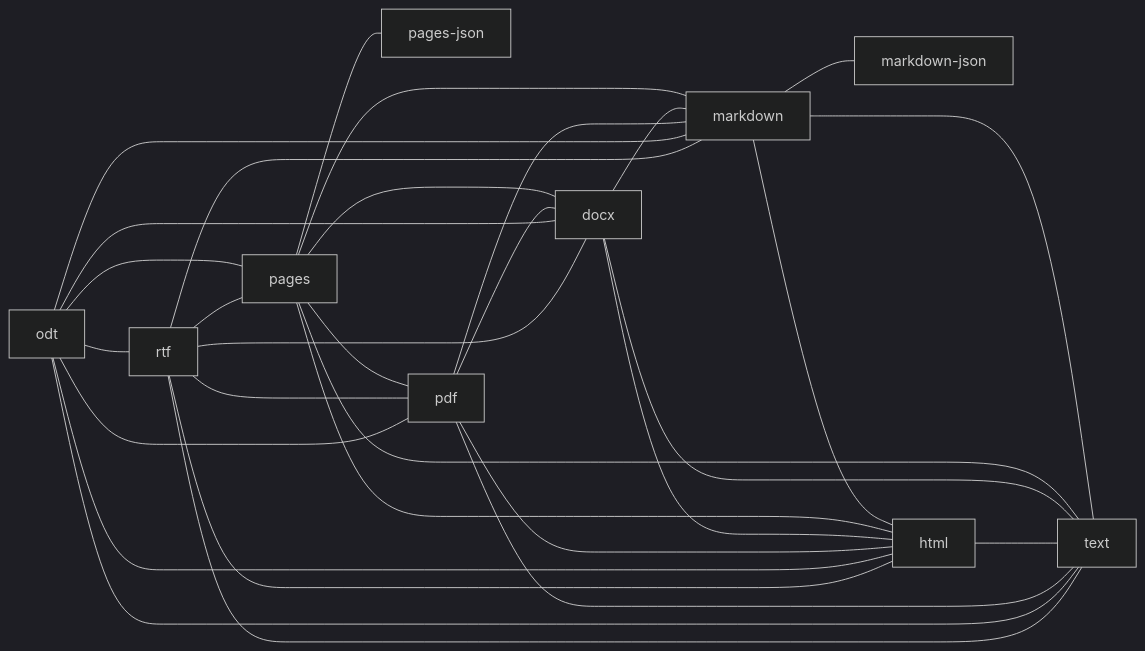
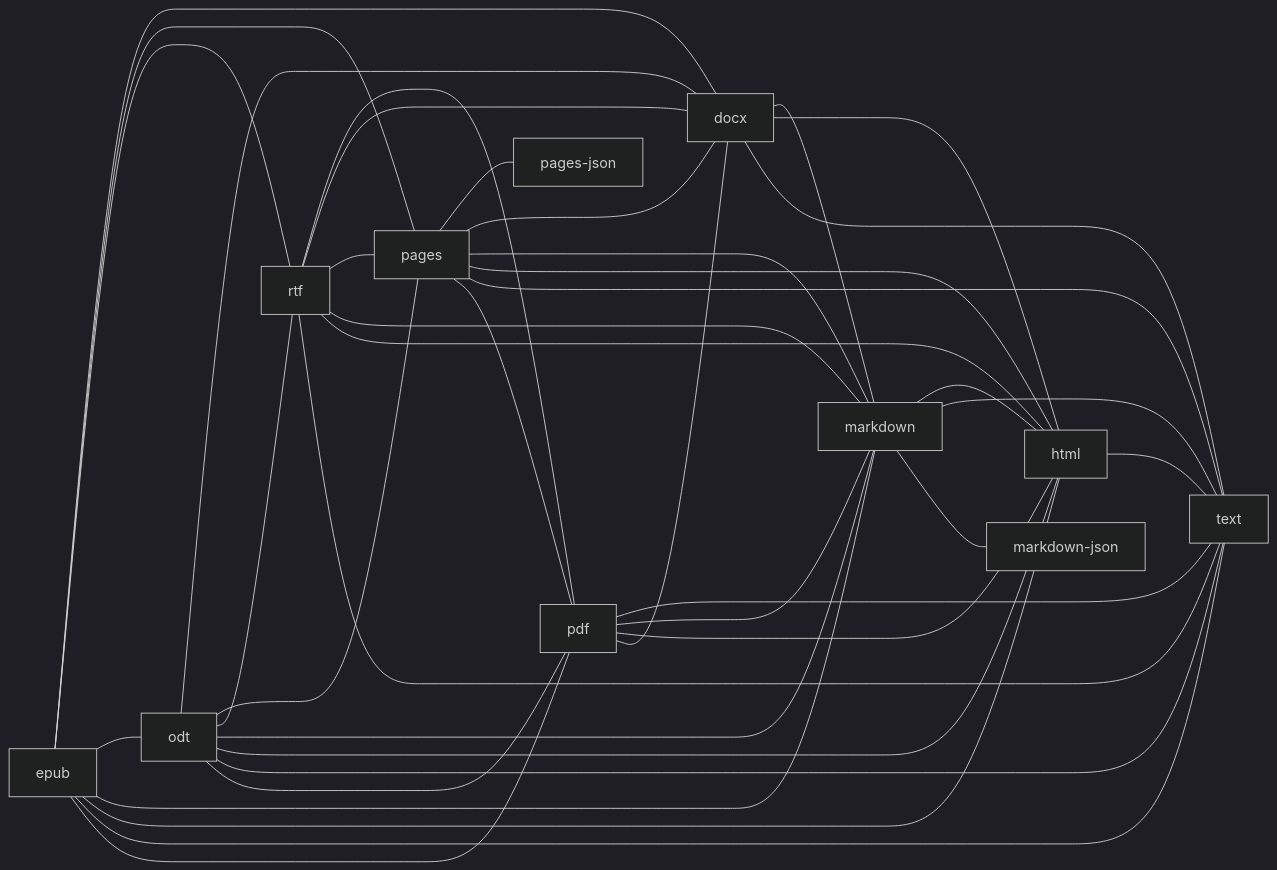
Before and after one commit to Chimi6/Sublime: the second of 4 diagrams in DOCS/FORMATS.md, drawn with Mermaid (dark theme). The commit also changed other lines of this file and 41 other files, not shown here.

````diff
--- a/DOCS/FORMATS.md
+++ b/DOCS/FORMATS.md
@@ -50,35 +50,43 @@
 ```mermaid
 graph LR
   markdown_json["markdown-json"]
   pages_json["pages-json"]
   markdown --- html
   markdown --- text
   markdown --- markdown_json
   pages --- pages_json
   pages --- docx
   pages --- markdown
   pages --- html
   pages --- text
   docx --- markdown
   docx --- html
   docx --- text
   html --- text
   pdf --- text
   pdf --- markdown
   pdf --- html
   pdf --- docx
   pages --- pdf
   rtf --- pdf
+  epub --- docx
+  epub --- pages
+  epub --- rtf
+  epub --- odt
+  epub --- markdown
+  epub --- html
+  epub --- text
+  epub --- pdf
   odt --- docx
   odt --- pages
   odt --- rtf
   odt --- markdown
   odt --- html
   odt --- text
   odt --- pdf
   rtf --- docx
   rtf --- pages
   rtf --- markdown
   rtf --- html
   rtf --- text
 ```
````
